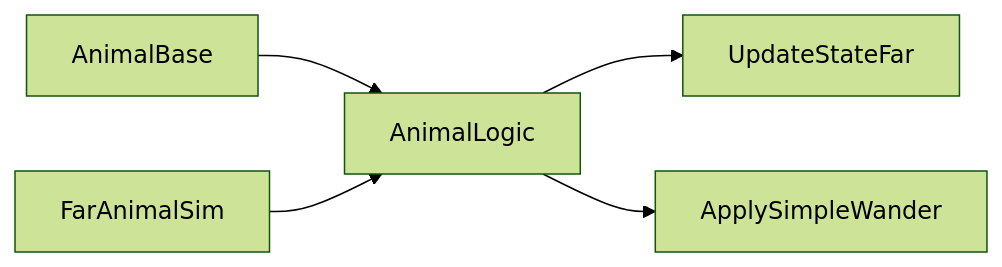
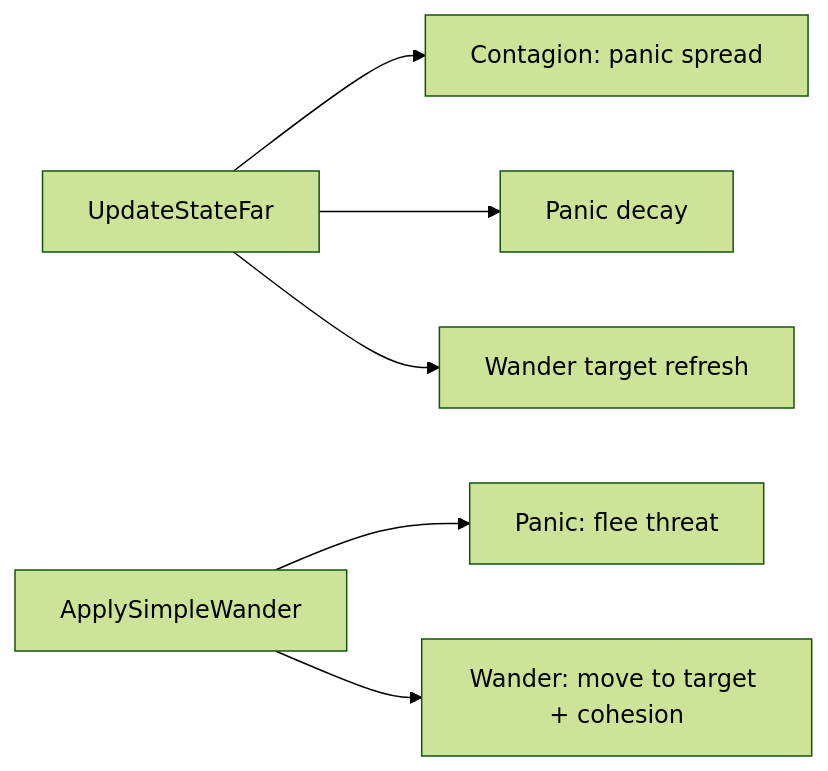
Before and after one commit to StevenGann/BiologyGame: the fifth of 5 diagrams in docs/simulation.md, drawn with Mermaid (forest theme). The commit also changed other lines of this file and 12 other files, not shown here.

````diff
--- a/docs/simulation.md
+++ b/docs/simulation.md
@@ -141,9 +108,12 @@
 ```mermaid
 flowchart LR
-    AnimalLogic[AnimalLogic]
-    AnimalLogic --> UpdateStateFar[UpdateStateFar]
-    AnimalLogic --> ApplySimpleWander[ApplySimpleWander]
-    
-    AnimalBase[AnimalBase] --> AnimalLogic
-    FarAnimalSim[FarAnimalSim] --> AnimalLogic
+    UpdateStateFar[UpdateStateFar]
+    ApplySimpleWander[ApplySimpleWander]
+
+    UpdateStateFar --> Contagion[Contagion: panic spread]
+    UpdateStateFar --> PanicDecay[Panic decay]
+    UpdateStateFar --> WanderTarget[Wander target refresh]
+
+    ApplySimpleWander --> PanicMove[Panic: flee threat]
+    ApplySimpleWander --> WanderMove[Wander: move to target + cohesion]
 ```
````
